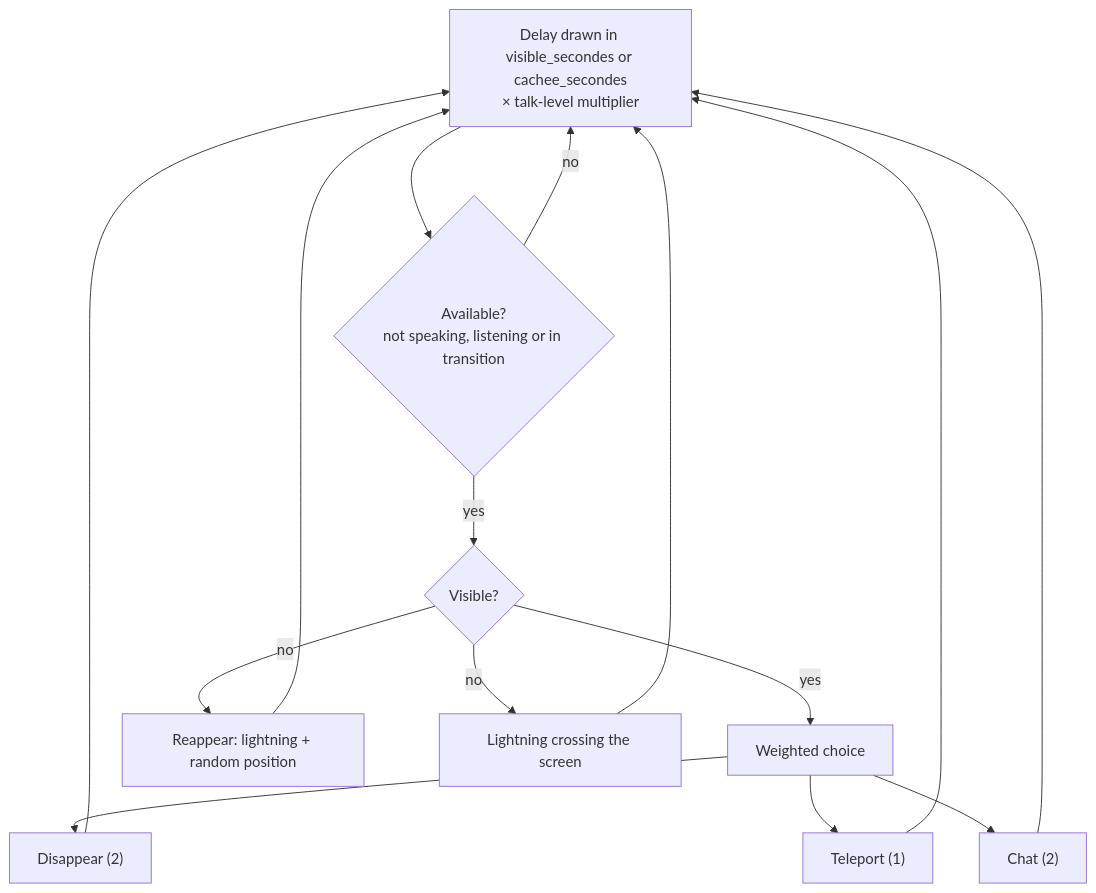
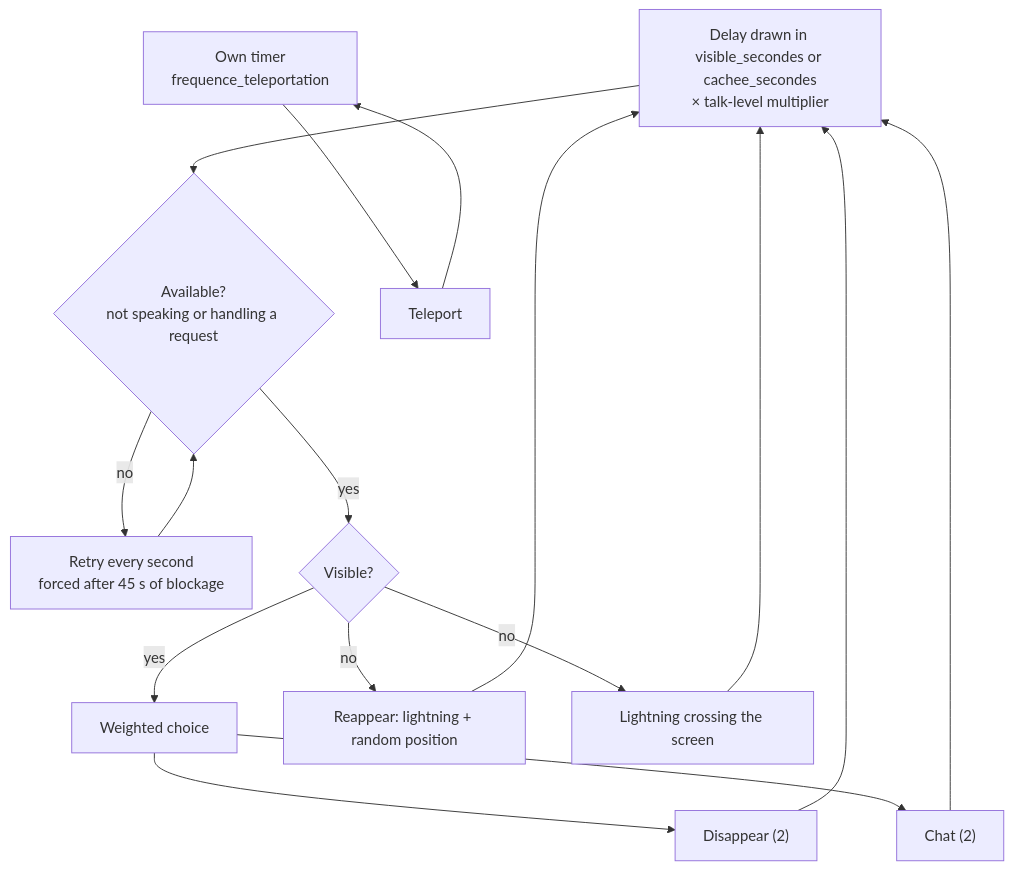
Before and after one commit to Cellri131/Project-Capri: the eighth of 16 diagrams in README.md, drawn with Mermaid. The commit also changed other lines of this file and 11 other files, not shown here.

````diff
--- a/README.md
+++ b/README.md
@@ -447,17 +449,18 @@
 ```mermaid
 flowchart TD
-    T["Delay drawn in visible_secondes or cachee_secondes<br/>× talk-level multiplier"] --> D{"Available?<br/>not speaking, listening or in transition"}
-    D -- no --> T
+    T["Delay drawn in visible_secondes or cachee_secondes<br/>× talk-level multiplier"] --> D{"Available?<br/>not speaking or handling a request"}
+    D -- no --> W["Retry every second<br/>forced after 45 s of blockage"]
+    W --> D
     D -- yes --> V{"Visible?"}
     V -- yes --> CH["Weighted choice"]
     CH --> A1["Disappear (2)"]
-    CH --> A2["Teleport (1)"]
     CH --> A3["Chat (2)"]
     V -- no --> A4["Reappear: lightning + random position"]
     V -- no --> A5["Lightning crossing the screen"]
+    TP["Own timer<br/>frequence_teleportation"] --> A2["Teleport"]
     A1 --> T
-    A2 --> T
+    A2 --> TP
     A3 --> T
     A4 --> T
     A5 --> T
 ```
````
